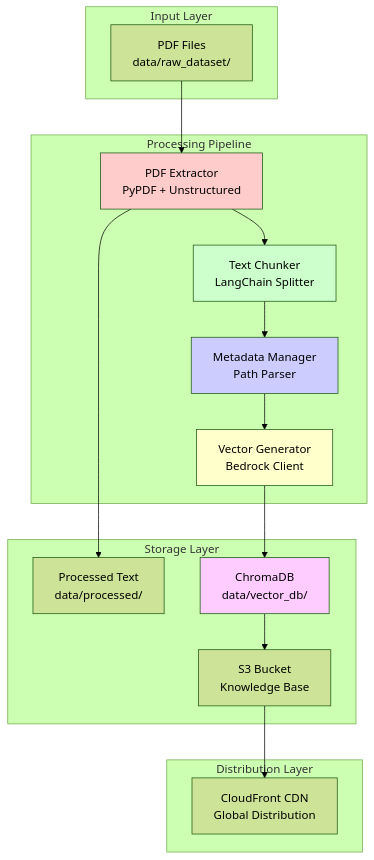
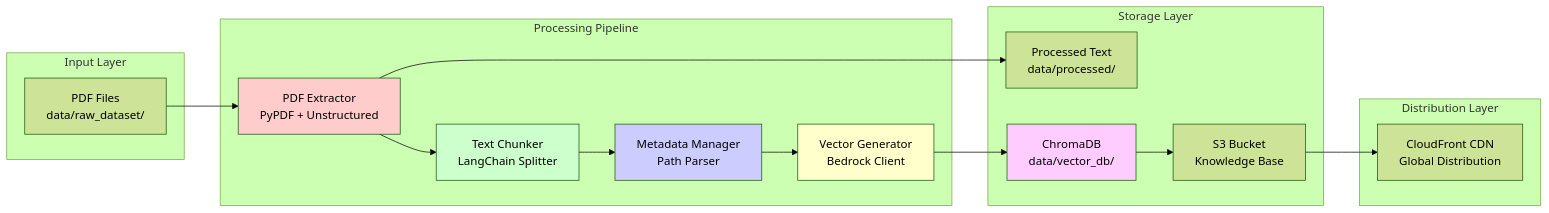
The first of 2 diagrams in .kiro/specs/phase2-backend-knowledge-engineering/design.md (habibiahmada/openclass-NexusAI), drawn with Mermaid (forest theme) before and after one commit. The commit also changed other lines of this file and 115 other files, not shown here.

````diff
--- a/.kiro/specs/phase2-backend-knowledge-engineering/design.md
+++ b/.kiro/specs/phase2-backend-knowledge-engineering/design.md
@@ -20,38 +20,38 @@
 ```mermaid
-graph TB
+graph LR
     subgraph "Input Layer"
         PDF[PDF Files<br/>data/raw_dataset/]
     end
     
     subgraph "Processing Pipeline"
         PE[PDF Extractor<br/>PyPDF + Unstructured]
         TC[Text Chunker<br/>LangChain Splitter]
         MM[Metadata Manager<br/>Path Parser]
         VG[Vector Generator<br/>Bedrock Client]
     end
     
     subgraph "Storage Layer"
         PT[Processed Text<br/>data/processed/]
         VDB[ChromaDB<br/>data/vector_db/]
         S3[S3 Bucket<br/>Knowledge Base]
     end
     
     subgraph "Distribution Layer"
         CF[CloudFront CDN<br/>Global Distribution]
     end
     
     PDF --> PE
     PE --> TC
     TC --> MM
     MM --> VG
     PE --> PT
     VG --> VDB
     VDB --> S3
     S3 --> CF
     
     style PE fill:#ffcccc
     style TC fill:#ccffcc
     style MM fill:#ccccff
     style VG fill:#ffffcc
     style VDB fill:#ffccff
 ```
````
